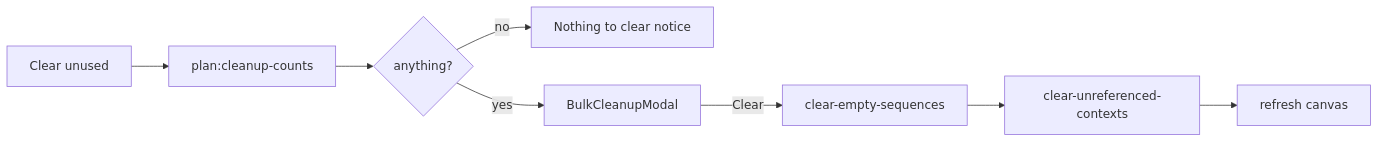
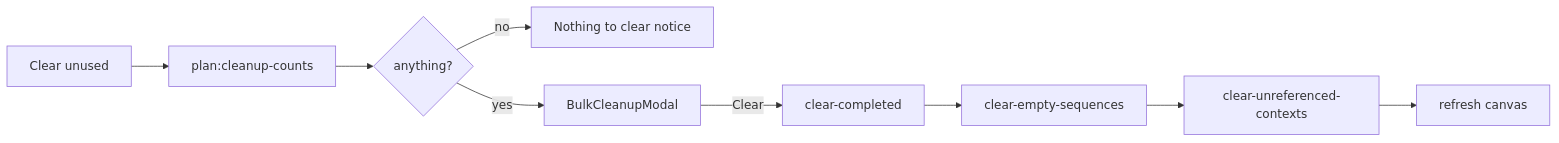
Before and after one commit to PetePeter/helm: the fourth of 4 diagrams in docs/directory-plans.md, drawn with Mermaid. The commit also changed other lines of this file and 5 other files, not shown here.

````diff
--- a/docs/directory-plans.md
+++ b/docs/directory-plans.md
@@ -247,6 +247,6 @@
 ```mermaid
 flowchart LR
     A[Clear unused] --> B[plan:cleanup-counts] --> C{anything?}
     C -- no --> N[Nothing to clear notice]
-    C -- yes --> D[BulkCleanupModal] -- Clear --> E[clear-empty-sequences] --> F[clear-unreferenced-contexts] --> G[refresh canvas]
+    C -- yes --> D[BulkCleanupModal] -- Clear --> P[clear-completed] --> E[clear-empty-sequences] --> F[clear-unreferenced-contexts] --> G[refresh canvas]
 ```
````
